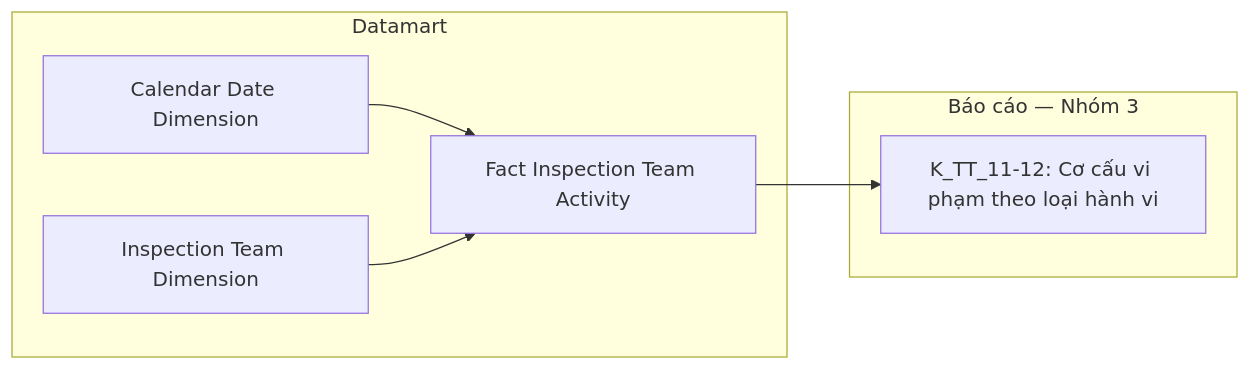
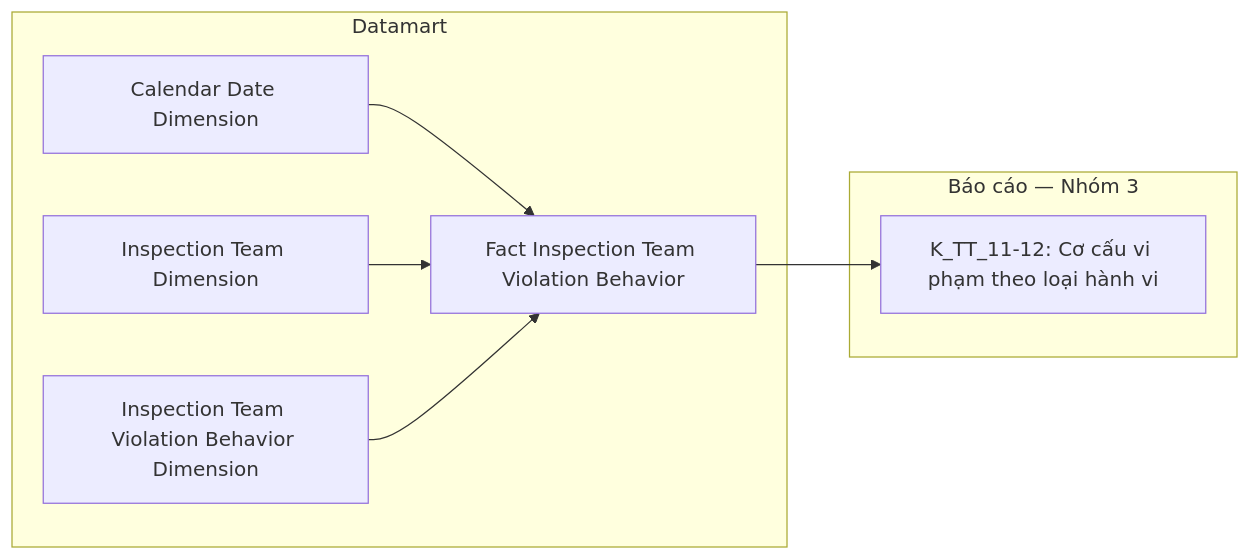
One commit to linhlvit/ubck_atomic_design changed diagram 20 of 54 in Datamart/hld/DTM_TT_HLD.md. Above: the diagram before and after it, drawn with Mermaid. The commit also changed other lines of this file and 10 other files, not shown here.

````diff
--- a/Datamart/hld/DTM_TT_HLD.md
+++ b/Datamart/hld/DTM_TT_HLD.md
@@ -595,14 +734,16 @@
 ```mermaid
 flowchart LR
     subgraph Datamart["Datamart"]
-        G1["Fact Inspection Team Activity"]
+        G1["Fact Inspection Team Violation Behavior"]
         G2["Calendar Date Dimension"]
         G3["Inspection Team Dimension"]
+        G4["Inspection Team Violation Behavior Dimension"]
     end
     subgraph RPT["Báo cáo — Nhóm 3"]
         R1["K_TT_11-12: Cơ cấu vi phạm theo loại hành vi"]
     end
     G2 --> G1
     G3 --> G1
+    G4 --> G1
     G1 --> R1
 ```
````
